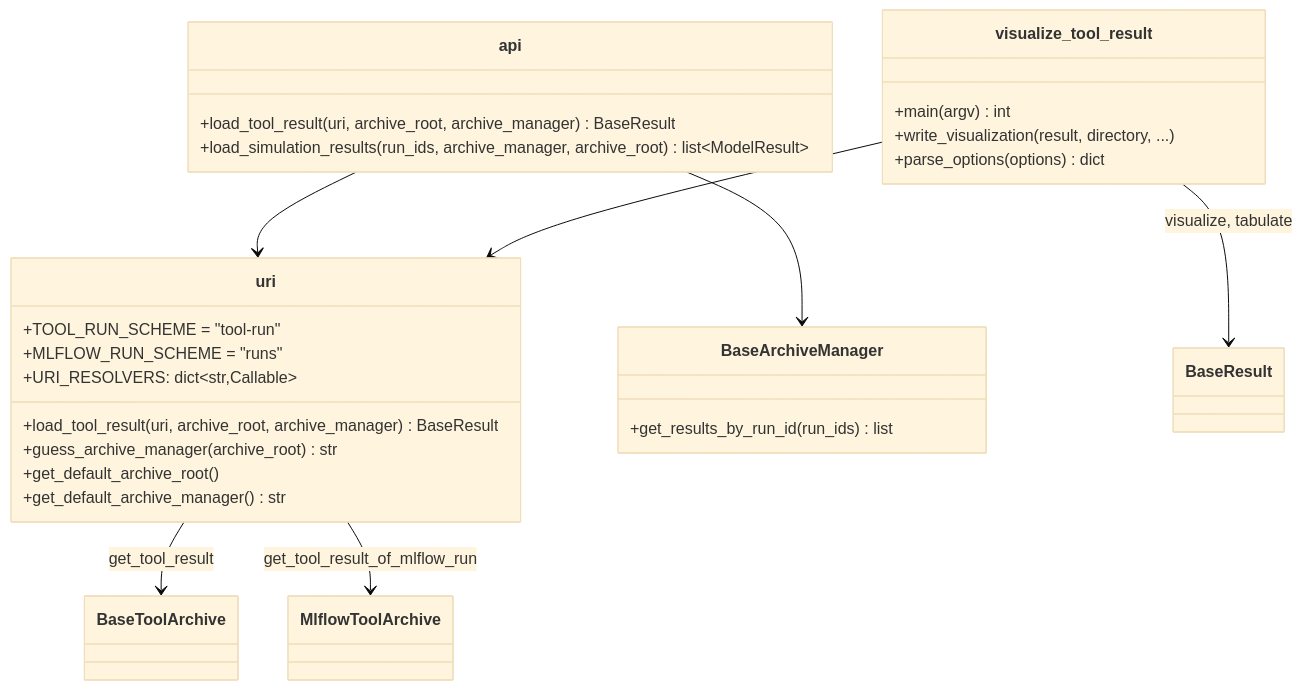
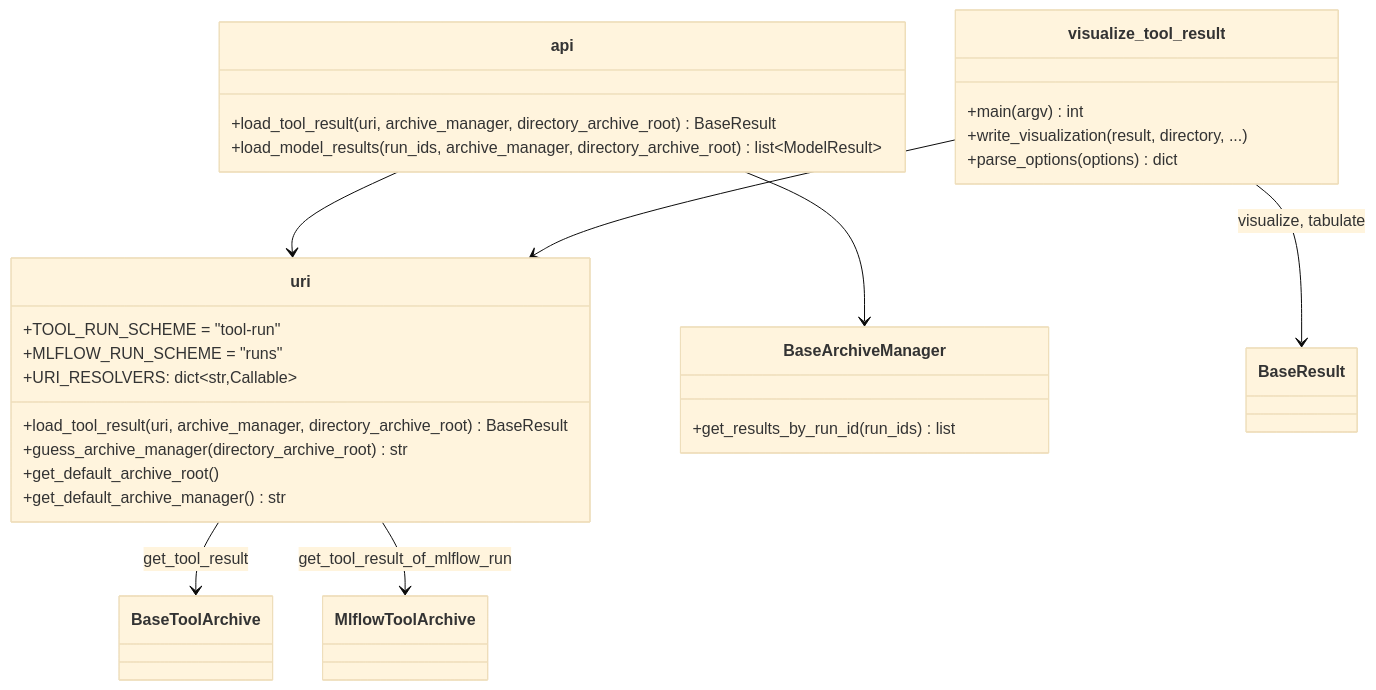
The diagram in spdd/prompt/SPEC-007-202610091121-[Feat]-cli-load-results-from-uri-and-visualize.md (SebastienBocquet/vimseo), drawn with Mermaid (base theme) before and after one commit. The commit also changed other lines of this file and 10 other files, not shown here.

````diff
--- a/spdd/prompt/SPEC-007-202610091121-[Feat]-cli-load-results-from-uri-and-visualize.md
+++ b/spdd/prompt/SPEC-007-202610091121-[Feat]-cli-load-results-from-uri-and-visualize.md
@@ -45,33 +59,33 @@
 ```mermaid
 classDiagram
 direction TB
 
 class uri {
     +TOOL_RUN_SCHEME = "tool-run"
     +MLFLOW_RUN_SCHEME = "runs"
     +URI_RESOLVERS: dict~str,Callable~
-    +load_tool_result(uri, archive_root, archive_manager) BaseResult
-    +guess_archive_manager(archive_root) str
+    +load_tool_result(uri, archive_manager, directory_archive_root) BaseResult
+    +guess_archive_manager(directory_archive_root) str
     +get_default_archive_root()
     +get_default_archive_manager() str
 }
 class api {
-    +load_tool_result(uri, archive_root, archive_manager) BaseResult
-    +load_simulation_results(run_ids, archive_manager, archive_root) list~ModelResult~
+    +load_tool_result(uri, archive_manager, directory_archive_root) BaseResult
+    +load_model_results(run_ids, archive_manager, directory_archive_root) list~ModelResult~
 }
 class BaseArchiveManager {
     +get_results_by_run_id(run_ids) list
 }
 class visualize_tool_result {
     +main(argv) int
     +write_visualization(result, directory, ...)
     +parse_options(options) dict
 }
 
 api --> uri
 api --> BaseArchiveManager
 uri --> BaseToolArchive : get_tool_result
 uri --> MlflowToolArchive : get_tool_result_of_mlflow_run
 visualize_tool_result --> uri
 visualize_tool_result --> BaseResult : visualize, tabulate
 ```
````
